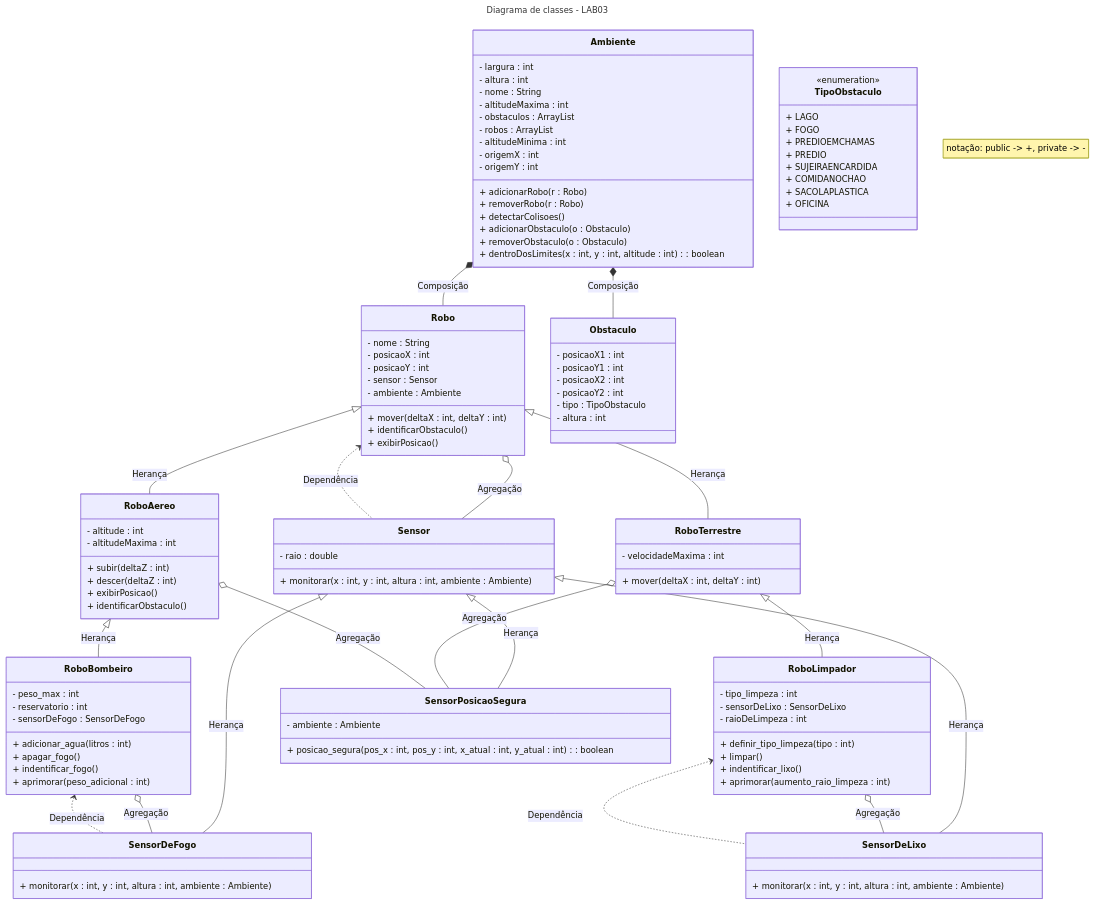
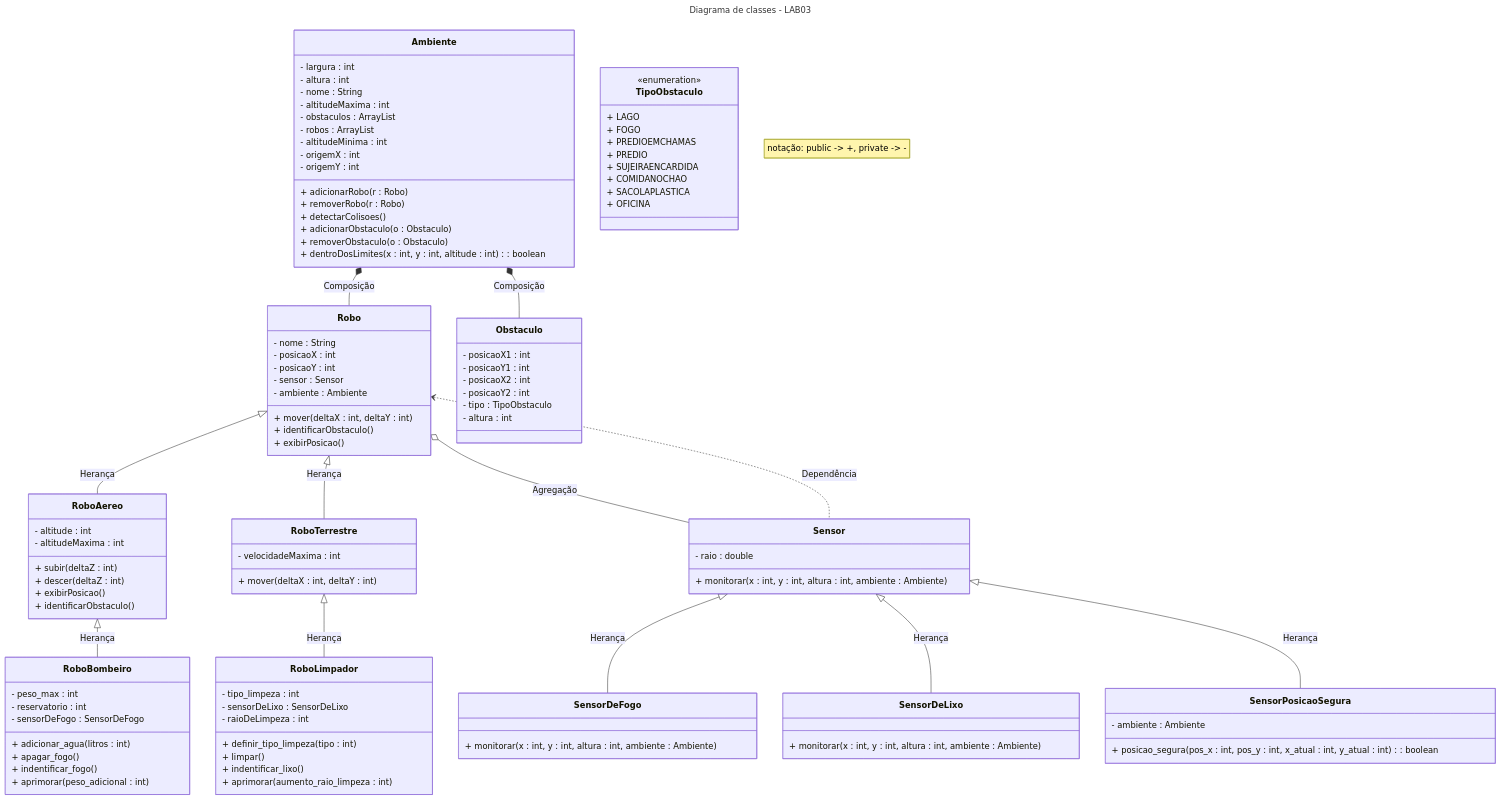
One commit to KauanAprigio/MC322 changed the diagram in README.md. Above: the diagram before and after it, drawn with Mermaid. The commit also changed other lines of this file, not shown here.

````diff
--- a/README.md
+++ b/README.md
@@ -140,10 +144,4 @@
     Sensor <|-- SensorDeFogo : Herança
     Sensor <|-- SensorDeLixo : Herança
     Sensor <|-- SensorPosicaoSegura : Herança
-    RoboLimpador o-- SensorDeLixo : Agregação
-    RoboBombeiro o-- SensorDeFogo : Agregação
-    RoboLimpador <.. SensorDeLixo : Dependência
-    RoboBombeiro <.. SensorDeFogo : Dependência
-    RoboTerrestre o-- SensorPosicaoSegura : Agregação
-    RoboAereo o-- SensorPosicaoSegura : Agregação
 ```
````
